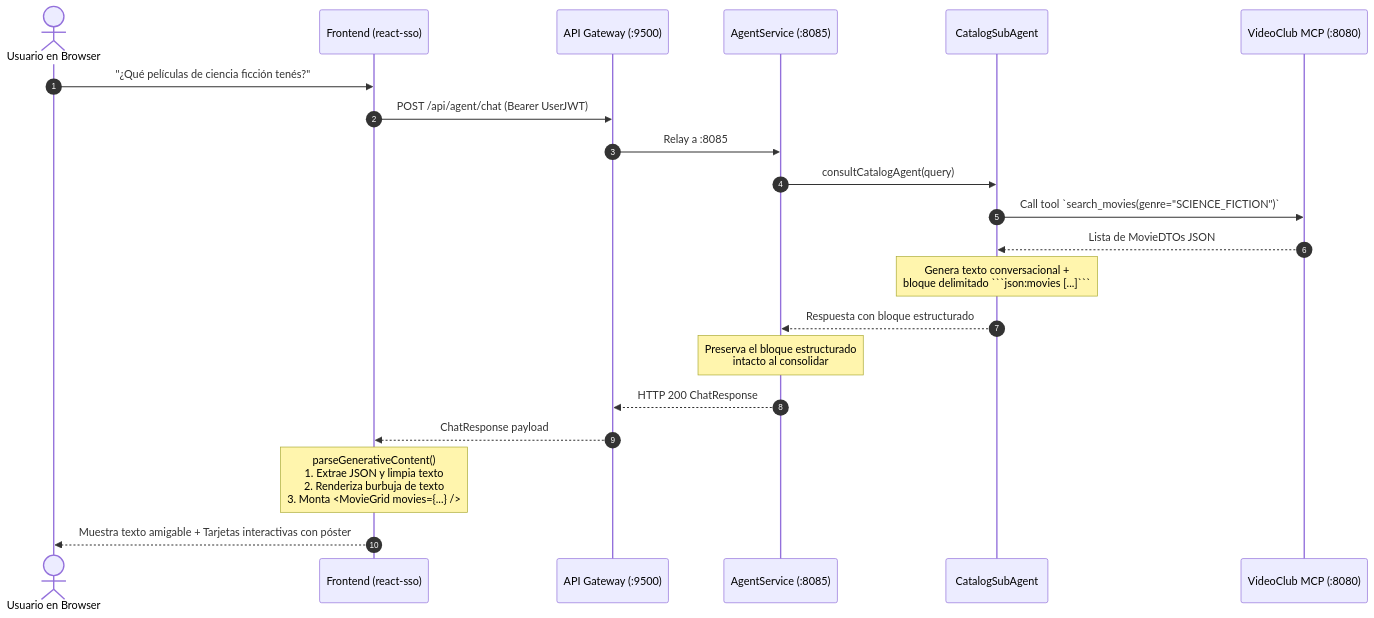
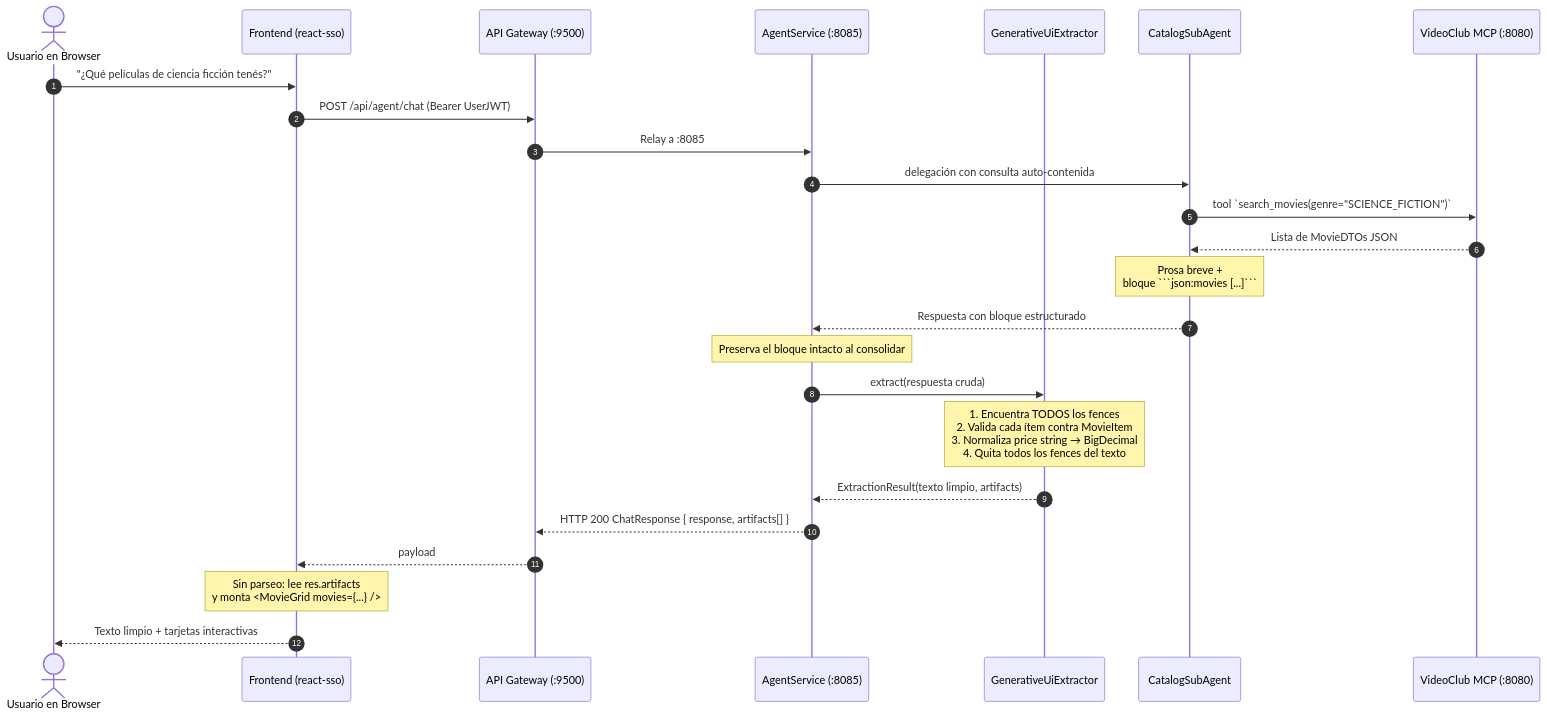
Before and after one commit to munozhoracio/agente-videoclub-sso: the diagram in docs/generative-ui-pattern.md, drawn with Mermaid. The commit also changed other lines of this file and 6 other files, not shown here.

Commit message:
feat: implement server-side GenerativeUiExtractor to parse and validate UI artifacts from assistant responses

````diff
--- a/docs/generative-ui-pattern.md
+++ b/docs/generative-ui-pattern.md
@@ -32,24 +52,28 @@
 ```mermaid
 sequenceDiagram
     autonumber
     actor Usuario as Usuario en Browser
     participant React as Frontend (react-sso)
     participant Gateway as API Gateway (:9500)
     participant Orchestrator as AgentService (:8085)
+    participant Extractor as GenerativeUiExtractor
     participant SubAgent as CatalogSubAgent
     participant MCP as VideoClub MCP (:8080)
 
     Usuario->>React: "¿Qué películas de ciencia ficción tenés?"
     React->>Gateway: POST /api/agent/chat (Bearer UserJWT)
     Gateway->>Orchestrator: Relay a :8085
-    Orchestrator->>SubAgent: consultCatalogAgent(query)
-    SubAgent->>MCP: Call tool `search_movies(genre="SCIENCE_FICTION")`
+    Orchestrator->>SubAgent: delegación con consulta auto-contenida
+    SubAgent->>MCP: tool `search_movies(genre="SCIENCE_FICTION")`
     MCP-->>SubAgent: Lista de MovieDTOs JSON
-    Note over SubAgent: Genera texto conversacional +<br/>bloque delimitado ```json:movies [...]```
+    Note over SubAgent: Prosa breve +<br/>bloque ```json:movies [...]```
     SubAgent-->>Orchestrator: Respuesta con bloque estructurado
-    Note over Orchestrator: Preserva el bloque estructurado<br/>intacto al consolidar
-    Orchestrator-->>Gateway: HTTP 200 ChatResponse
-    Gateway-->>React: ChatResponse payload
-    Note over React: parseGenerativeContent()<br/>1. Extrae JSON y limpia texto<br/>2. Renderiza burbuja de texto<br/>3. Monta <MovieGrid movies={...} />
-    React-->>Usuario: Muestra texto amigable + Tarjetas interactivas con póster
+    Note over Orchestrator: Preserva el bloque intacto al consolidar
+    Orchestrator->>Extractor: extract(respuesta cruda)
+    Note over Extractor: 1. Encuentra TODOS los fences<br/>2. Valida cada ítem contra MovieItem<br/>3. Normaliza price string → BigDecimal<br/>4. Quita todos los fences del texto
+    Extractor-->>Orchestrator: ExtractionResult(texto limpio, artifacts)
+    Orchestrator-->>Gateway: HTTP 200 ChatResponse { response, artifacts[] }
+    Gateway-->>React: payload
+    Note over React: Sin parseo: lee res.artifacts<br/>y monta <MovieGrid movies={...} />
+    React-->>Usuario: Texto limpio + tarjetas interactivas
 ```
````
